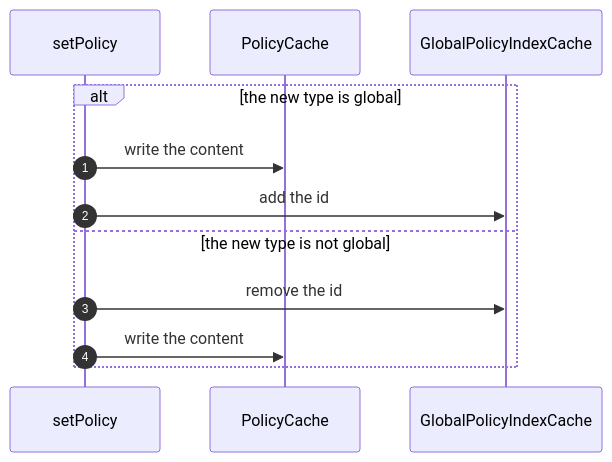
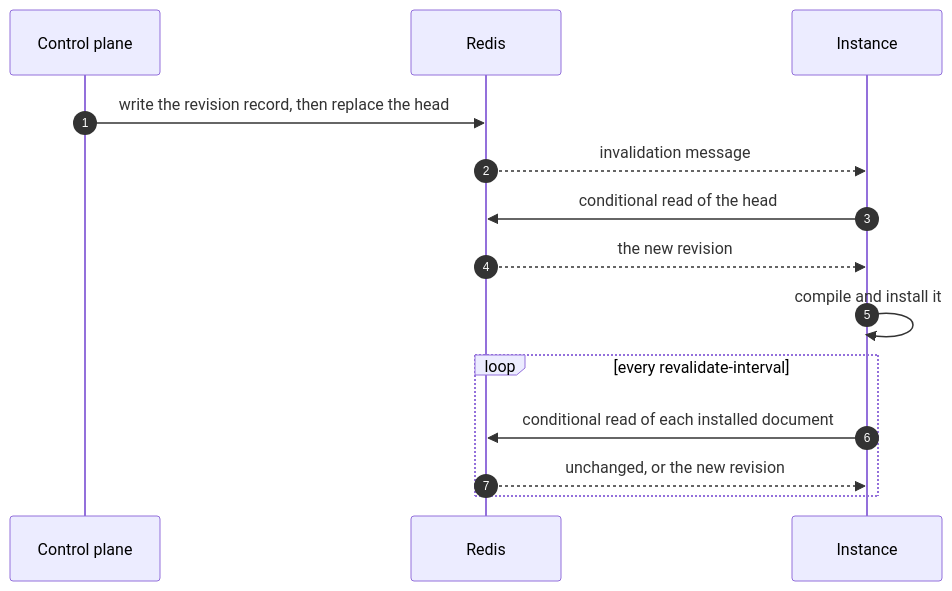
The diagram in wiki/operations/storage.md (Ahoo-Wang/CoSec), drawn with Mermaid before and after one commit. The commit also changed other lines of this file and 54 other files, not shown here.

````diff
--- a/wiki/operations/storage.md
+++ b/wiki/operations/storage.md
@@ -284,14 +140,16 @@
 ```mermaid
 sequenceDiagram
     autonumber
-    participant W as setPolicy
-    participant C as PolicyCache
-    participant I as GlobalPolicyIndexCache
-    alt the new type is global
-        W->>C: write the content
-        W->>I: add the id
-    else the new type is not global
-        W->>I: remove the id
-        W->>C: write the content
+    participant CP as Control plane
+    participant R as Redis
+    participant I as Instance
+    CP->>R: write the revision record, then replace the head
+    R-->>I: invalidation message
+    I->>R: conditional read of the head
+    R-->>I: the new revision
+    I->>I: compile and install it
+    loop every revalidate-interval
+        I->>R: conditional read of each installed document
+        R-->>I: unchanged, or the new revision
     end
 ```
````
